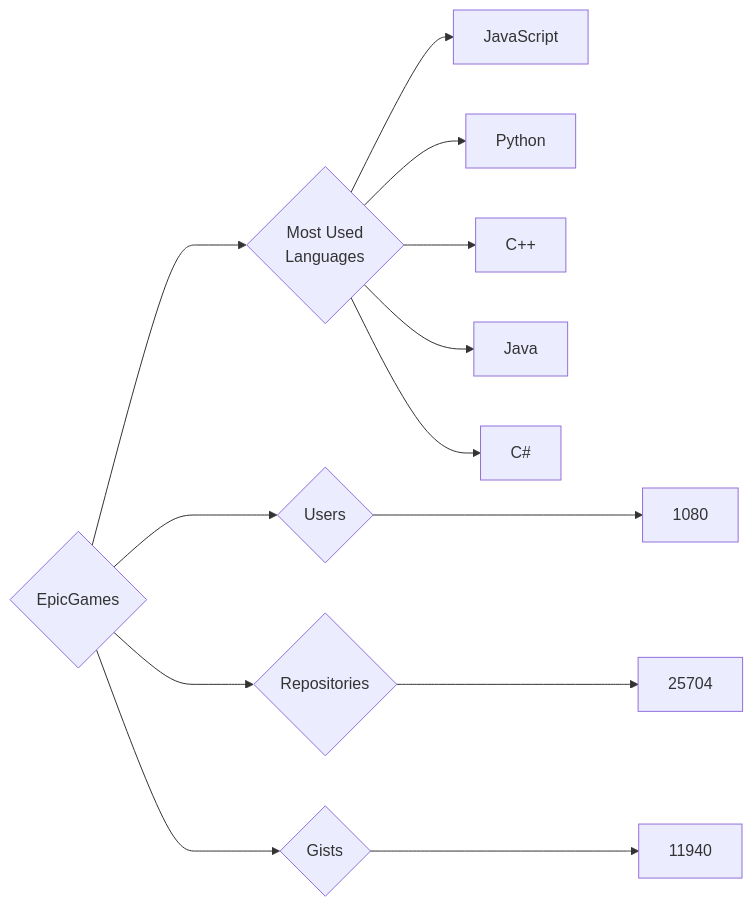
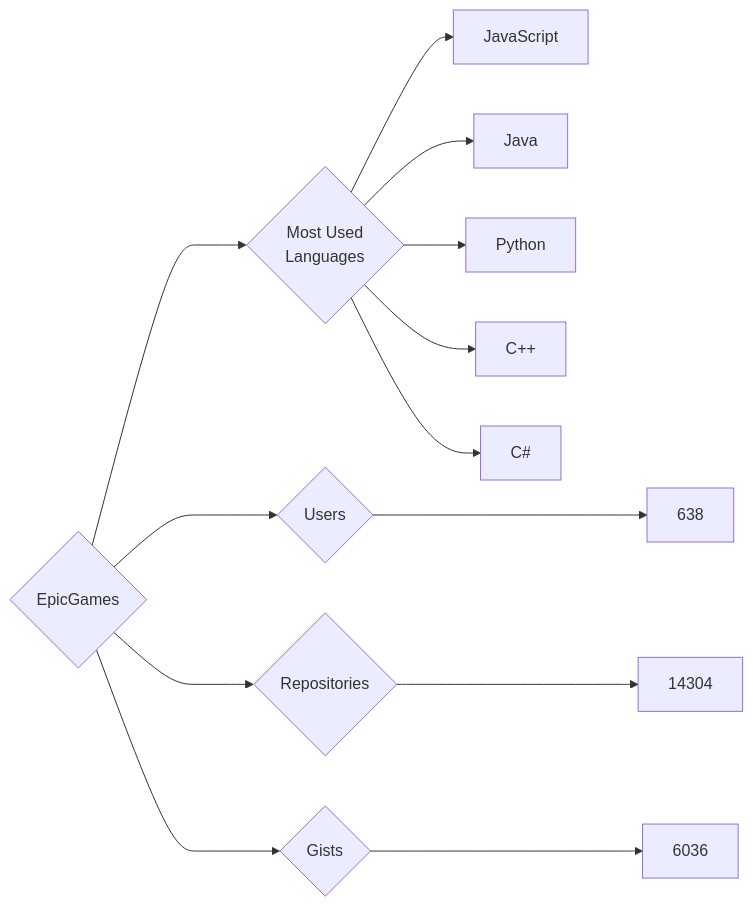
The diagram in targets/EpicGames/README.md (trickest/insiders), drawn with Mermaid before and after one commit. The commit also changed 749 other files, not shown here.

````diff
--- a/targets/EpicGames/README.md
+++ b/targets/EpicGames/README.md
@@ -3,13 +3,13 @@
 ```mermaid
 graph LR
 COMPANY_NAME{EpicGames}
-COMPANY_NAME ---> U{Users} ---> UN[1080]
-COMPANY_NAME ---> R{Repositories} ---> RN[25704]
-COMPANY_NAME ---> G{Gists} ---> GN[11940]
+COMPANY_NAME ---> U{Users} ---> UN[638]
+COMPANY_NAME ---> R{Repositories} ---> RN[14304]
+COMPANY_NAME ---> G{Gists} ---> GN[6036]
 COMPANY_NAME ---> ML{Most Used<br>Languages}
 ML --> JavaScript[JavaScript]
+ML --> Java[Java]
 ML --> Python[Python]
 ML --> C++[C++]
-ML --> Java[Java]
 ML --> C#[C#]
 ```
````
